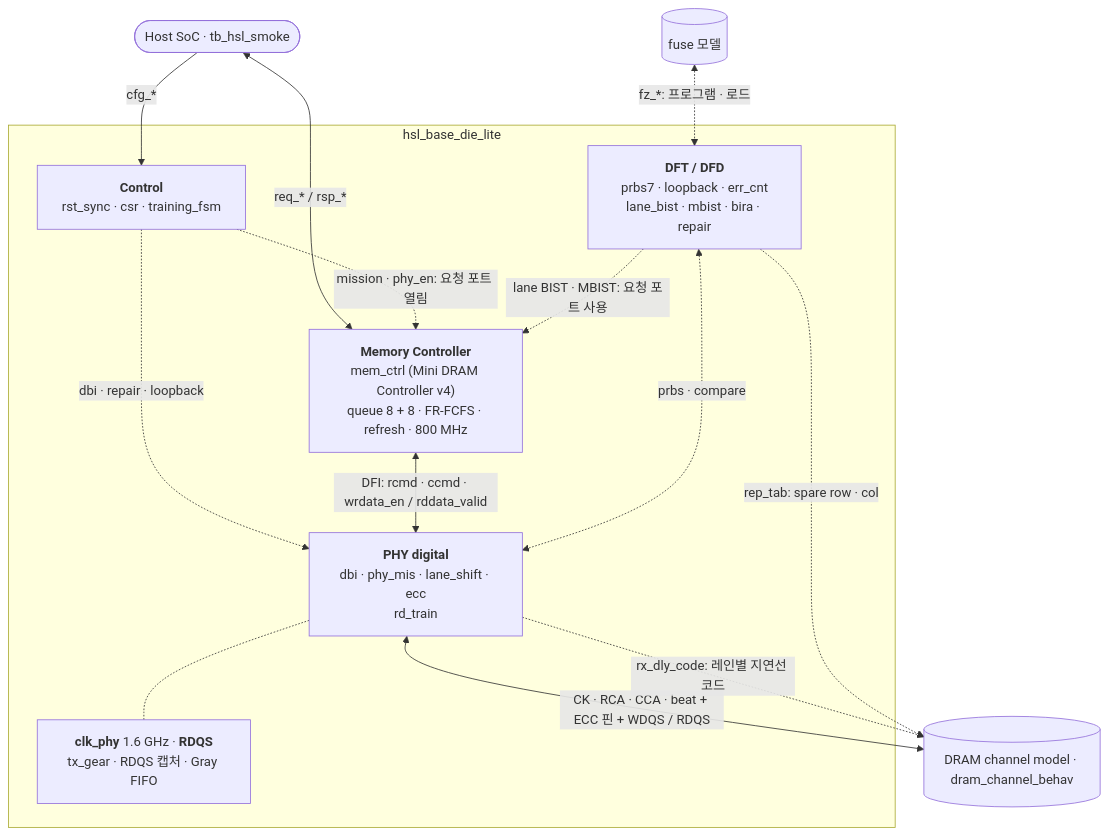
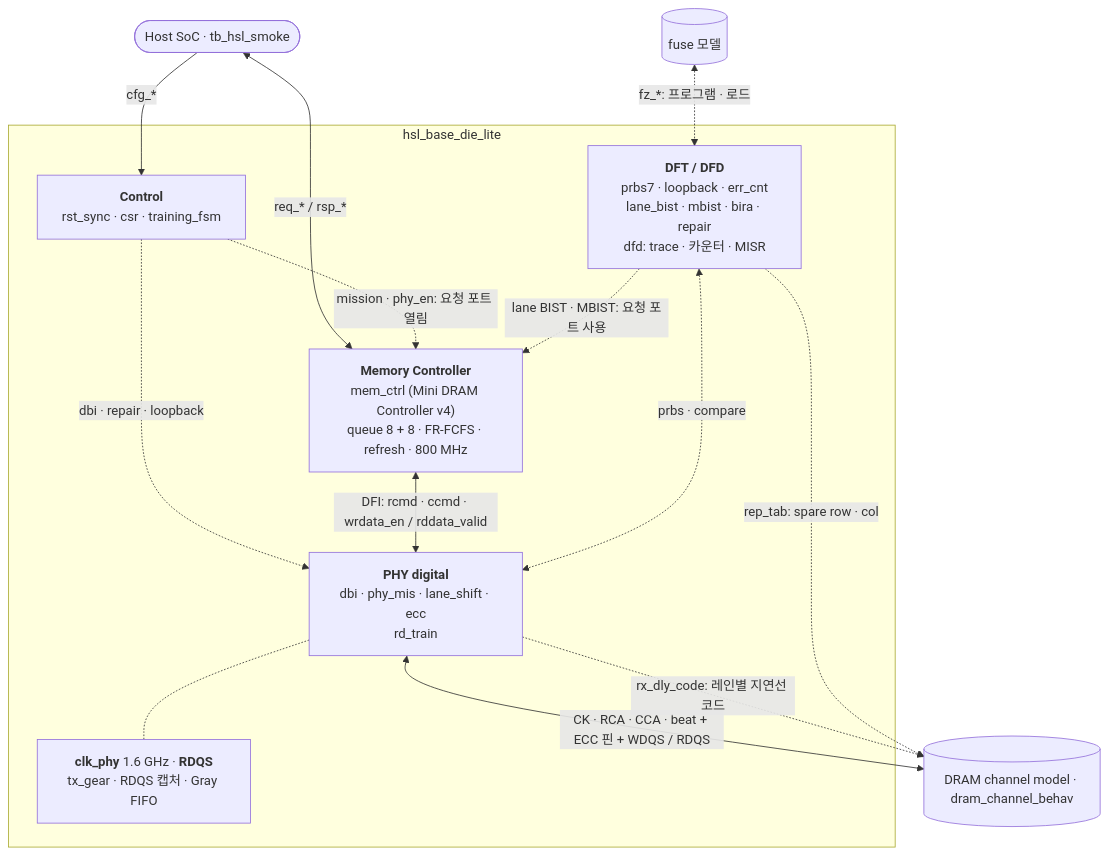
One commit to yhkwon-git/High_Speed_Link_Lite changed the diagram in README.md. Above: the diagram before and after it, drawn with Mermaid. The commit also changed other lines of this file and 3 other files, not shown here.

First line of the commit message:
Document DFD: trace, counters and MISR, and the debug case from symptom to cause.

````diff
--- a/README.md
+++ b/README.md
@@ -56,24 +56,24 @@
 ```mermaid
 flowchart TB
   HOST(["Host SoC · tb_hsl_smoke"])
   subgraph TOP["hsl_base_die_lite"]
     CTRL["<b>Control</b><br/>rst_sync · csr · training_fsm"]
     MC["<b>Memory Controller</b><br/>mem_ctrl (Mini DRAM Controller v4)<br/>queue 8 + 8 · FR-FCFS · refresh · 800 MHz"]
     PHY["<b>PHY digital</b><br/>dbi · phy_mis · lane_shift · ecc<br/>rd_train"]
-    DFT["<b>DFT / DFD</b><br/>prbs7 · loopback · err_cnt<br/>lane_bist · mbist · bira · repair"]
+    DFT["<b>DFT / DFD</b><br/>prbs7 · loopback · err_cnt<br/>lane_bist · mbist · bira · repair<br/>dfd: trace · 카운터 · MISR"]
     CDC["<b>clk_phy</b> 1.6 GHz · <b>RDQS</b><br/>tx_gear · RDQS 캡처 · Gray FIFO"]
   end
   DRAM[("DRAM channel model · dram_channel_behav")]
   HOST -->|"cfg_*"| CTRL
   HOST <-->|"req_* / rsp_*"| MC
   CTRL -.->|"mission · phy_en: 요청 포트 열림"| MC
   CTRL -.->|"dbi · repair · loopback"| PHY
   MC <-->|"DFI: rcmd · ccmd · wrdata_en / rddata_valid"| PHY
   DFT <-.->|"prbs · compare"| PHY
   DFT -.->|"lane BIST · MBIST: 요청 포트 사용"| MC
   PHY -.- CDC
   PHY <-->|"CK · RCA · CCA · beat + ECC 핀 + WDQS / RDQS"| DRAM
   PHY -.->|"rx_dly_code: 레인별 지연선 코드"| DRAM
   DFT -.->|"rep_tab: spare row · col"| DRAM
   FUSE[("fuse 모델")] <-.->|"fz_*: 프로그램 · 로드"| DFT
 ```
````
